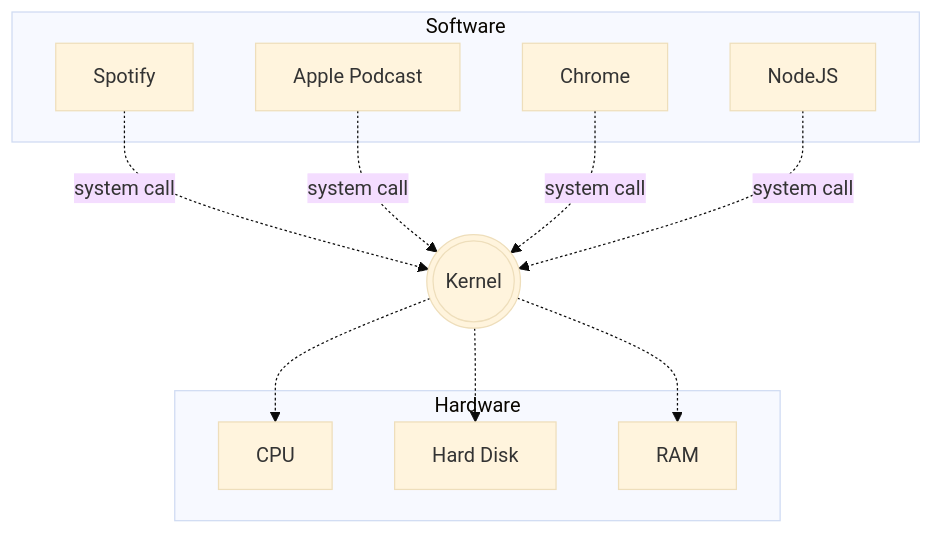
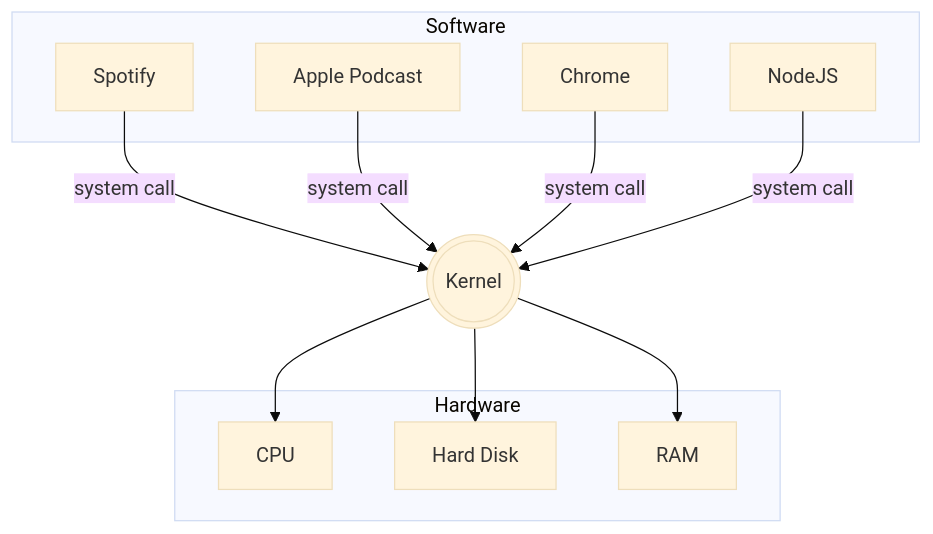
One commit to ChiuWeiChung/notes-markdown changed the fourth of 8 diagrams in Docker/1-why_use_docker.md. Above: the diagram before and after it, drawn with Mermaid (base theme). The commit also changed other lines of this file and 43 other files, not shown here.

````diff
--- a/Docker/1-why_use_docker.md
+++ b/Docker/1-why_use_docker.md
@@ -175,26 +173,27 @@
 ```mermaid
-flowchart TD
-    
+flowchart TD    
     subgraph Software
-    sp[Spotify]
-    ap[Apple Podcast]
-    chrome[Chrome]
-    node[NodeJS]
-    end
-    
-    kernel(((Kernel))):::k  
-    
-    subgraph Hardware
-    cpu[CPU]
-    hd[Hard Disk]
-    ram[RAM]
+        sp[Spotify]
+        ap[Apple Podcast]
+        chrome[Chrome]
+        node[NodeJS]
     end
 
-    sp-.system call.->kernel
-    ap-.system call.->kernel
-    chrome-.system call.->kernel
-    node-.system call.->kernel
-    kernel-.->cpu
-    kernel-.->hd
-    kernel-.->ram
+    kernel(((Kernel)))
+    class kernel k;
+
+    subgraph Hardware
+        cpu[CPU]
+        hd[Hard Disk]
+        ram[RAM]
+    end
+
+    sp -->|system call| kernel
+    ap -->|system call| kernel
+    chrome -->|system call| kernel
+    node -->|system call| kernel
+
+    kernel --> cpu
+    kernel --> hd
+    kernel --> ram
 ```
````
